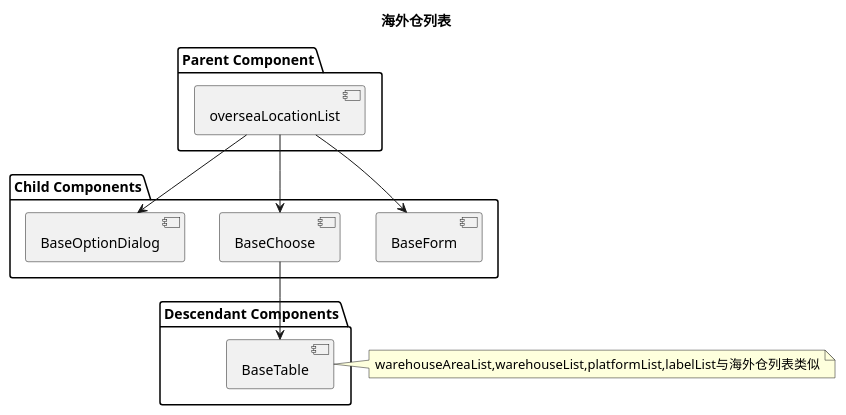
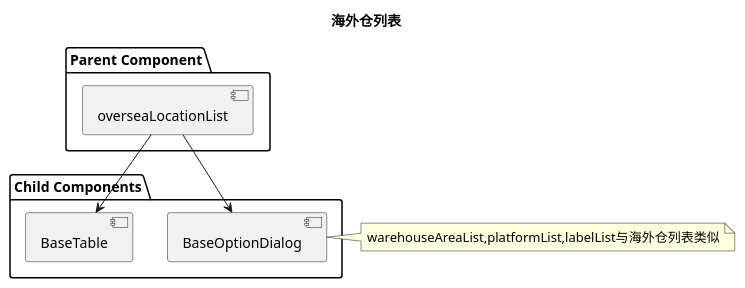
One commit to futurekidult/lis changed the second of 3 diagrams in docs/component-design/system.puml. Above: the diagram before and after it, drawn with PlantUML. The commit also changed other lines of this file, not shown here.

```diff
--- a/docs/component-design/system.puml
+++ b/docs/component-design/system.puml
@@ -27,27 +21,21 @@
 @startuml
 title 海外仓列表
 
 package "Parent Component" {
   [overseaLocationList]
 }
 
 package "Child Components" {
-  [BaseForm]
-  [BaseChoose]
+  [BaseTable]
   [BaseOptionDialog]
 }
 
-package "Descendant Components" {
-  [BaseTable]
-}
 
-[overseaLocationList]                     -->       [BaseChoose]
+[overseaLocationList]                     -->       [BaseTable]
 [overseaLocationList]                     -->       [BaseOptionDialog]
-[overseaLocationList]                     -->       [BaseForm]
-[BaseChoose]                                 -->       [BaseTable]
 
 note right 
-  warehouseAreaList,warehouseList,platformList,labelList与海外仓列表类似
+  warehouseAreaList,platformList,labelList与海外仓列表类似
 end note
 
 @enduml
```
